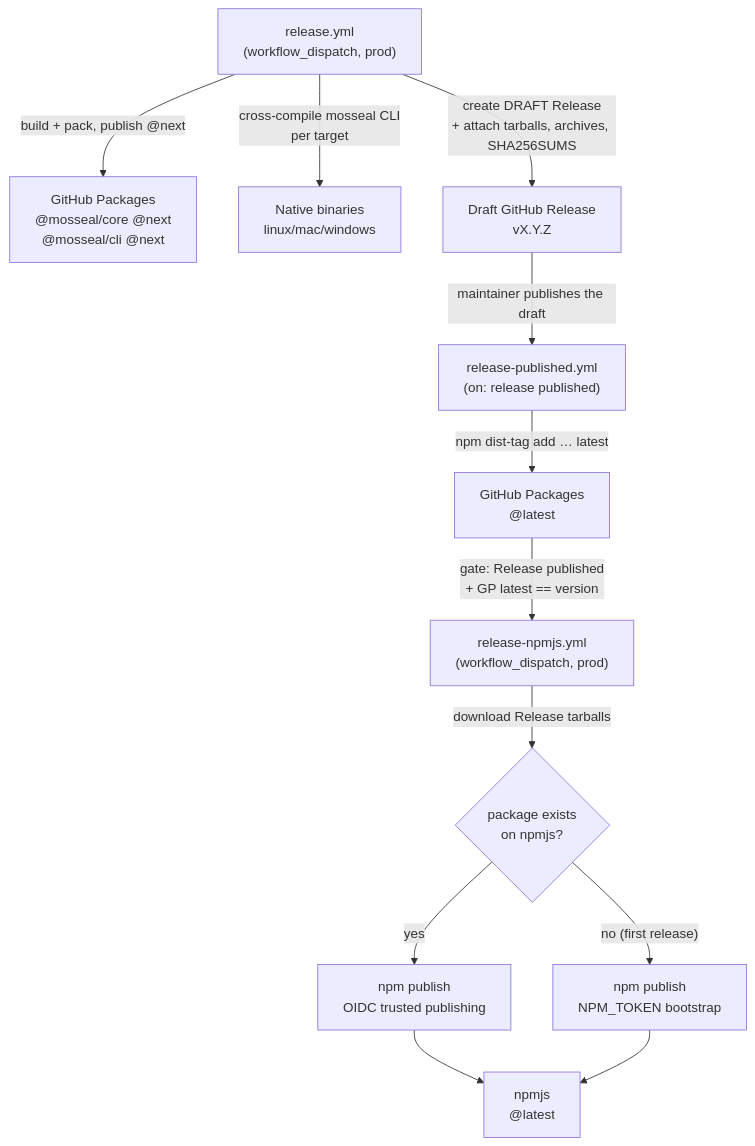
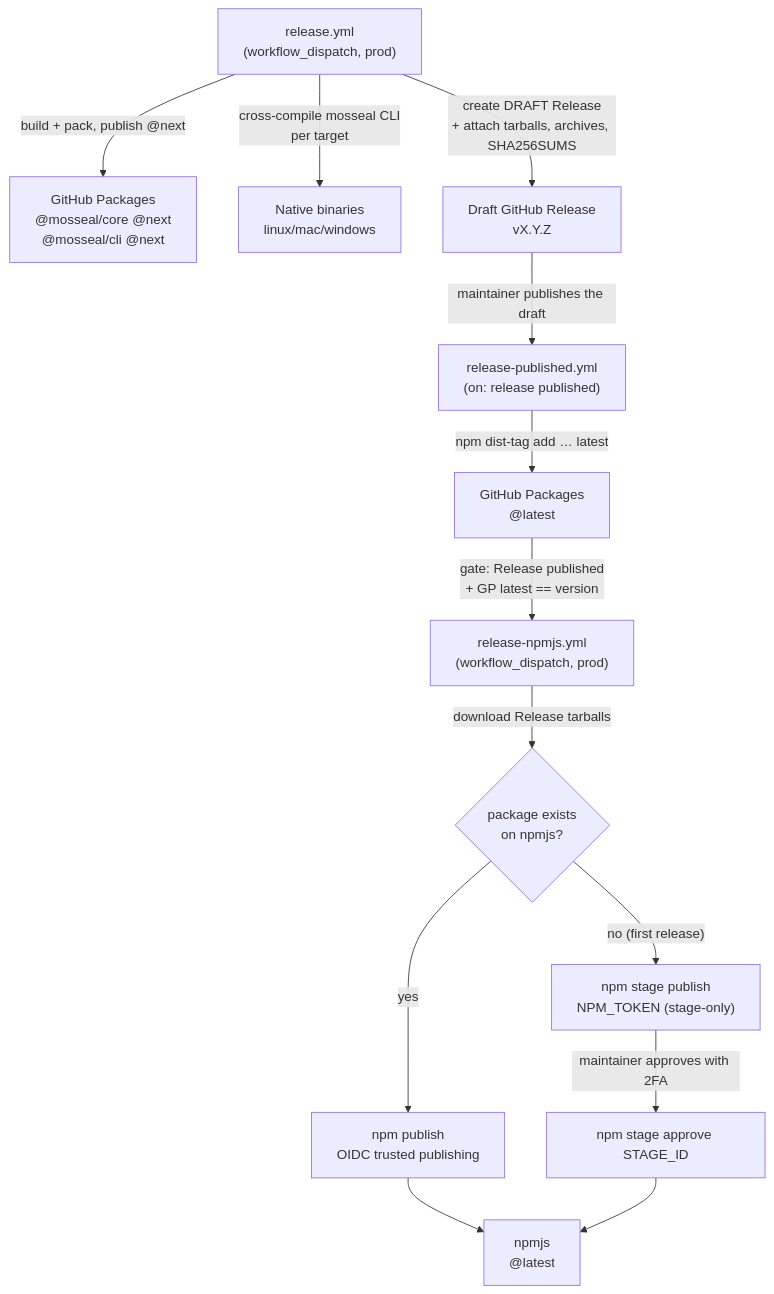
The diagram in docs/development.md (mosseal/mosseal), drawn with Mermaid before and after one commit. The commit also changed other lines of this file and 2 other files, not shown here.

Commit message:
chore: update npmjs release workflow to use staged publishing for bootstrap

````diff
--- a/docs/development.md
+++ b/docs/development.md
@@ -134,14 +134,15 @@
 ```mermaid
 flowchart TD
     A["release.yml<br/>(workflow_dispatch, prod)"] -->|"build + pack, publish @next"| B["GitHub Packages<br/>@mosseal/core @next<br/>@mosseal/cli @next"]
     A -->|"cross-compile mosseal CLI<br/>per target"| BIN["Native binaries<br/>linux/mac/windows"]
     A -->|"create DRAFT Release<br/>+ attach tarballs, archives, SHA256SUMS"| C["Draft GitHub Release<br/>vX.Y.Z"]
     C -->|"maintainer publishes the draft"| D["release-published.yml<br/>(on: release published)"]
     D -->|"npm dist-tag add … latest"| E["GitHub Packages<br/>@latest"]
     E -->|"gate: Release published<br/>+ GP latest == version"| F["release-npmjs.yml<br/>(workflow_dispatch, prod)"]
     F -->|"download Release tarballs"| G{"package exists<br/>on npmjs?"}
     G -->|"yes"| H["npm publish<br/>OIDC trusted publishing"]
-    G -->|"no (first release)"| I["npm publish<br/>NPM_TOKEN bootstrap"]
+    G -->|"no (first release)"| I["npm stage publish<br/>NPM_TOKEN (stage-only)"]
+    I -->|"maintainer approves with 2FA"| I2["npm stage approve STAGE_ID"]
     H --> J["npmjs<br/>@latest"]
-    I --> J
+    I2 --> J
 ```
````
